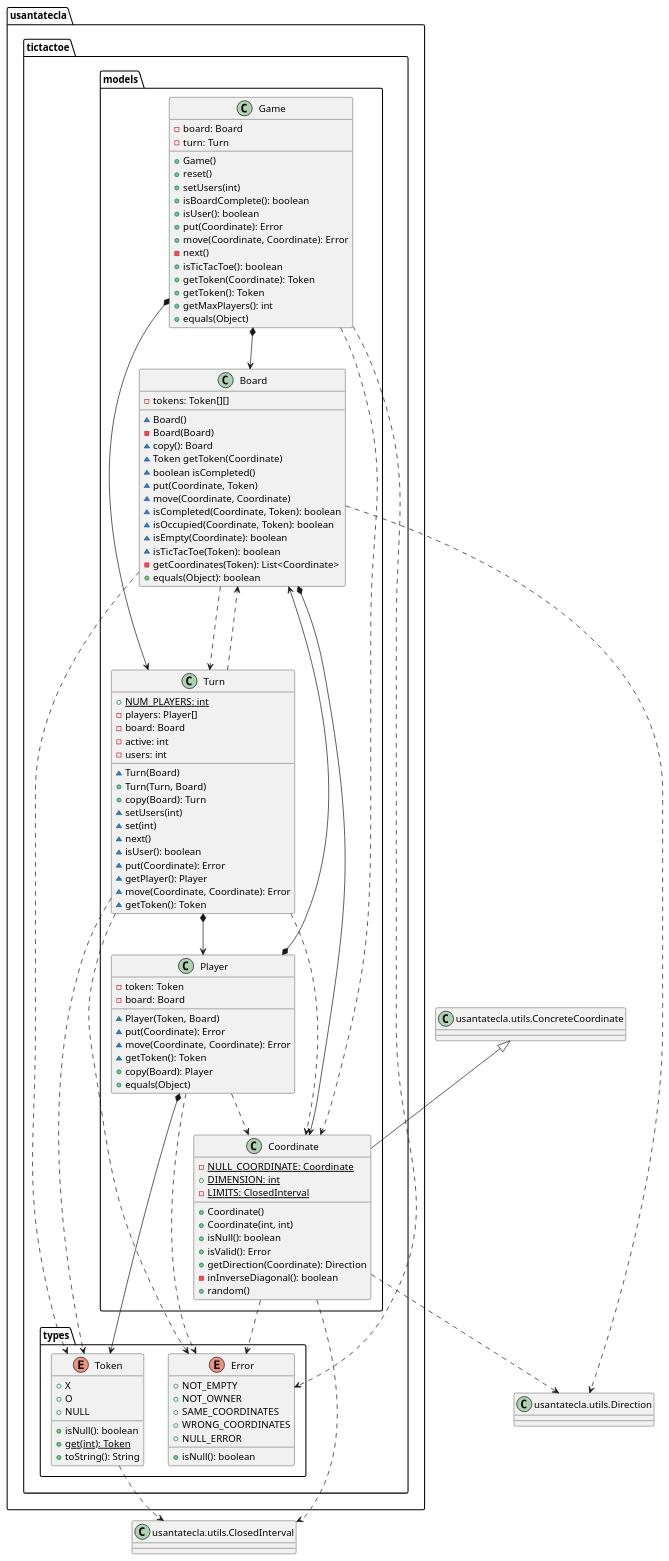
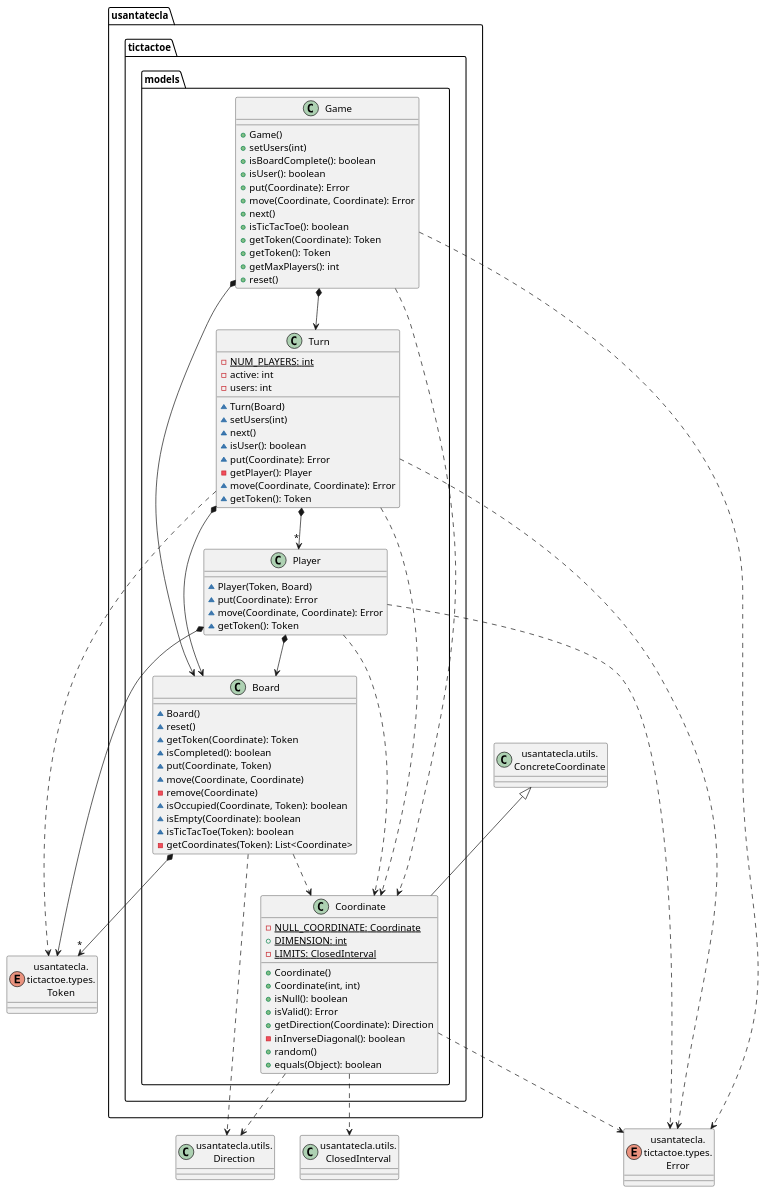
One commit to Jolucaa/USantaTecla-project-ticTacToe changed the fifth of 7 diagrams in documentView/withFactoryMethod/docs/diagrams/src/paquetes.plantuml. Above: the diagram before and after it, drawn with PlantUML. The commit also changed other lines of this file and 111 other files, not shown here.

Commit message:
[dv] Added types package + refactored diagrams

```diff
--- a/documentView/withFactoryMethod/docs/diagrams/src/paquetes.plantuml
+++ b/documentView/withFactoryMethod/docs/diagrams/src/paquetes.plantuml
@@ -387,127 +348,93 @@
 @startuml tictactoe.models
+enum Error as "usantatecla.\ntictactoe.types.\nError"
+enum Token as "usantatecla.\ntictactoe.types.\nToken"
+class Direction as "usantatecla.utils.\nDirection"
+class ConcreteCoordinate as "usantatecla.utils.\nConcreteCoordinate"
+class ClosedInterval as "usantatecla.utils.\nClosedInterval"
+
 class  usantatecla.tictactoe.models.Board{
-- tokens: Token[][]
-~ Board()
-- Board(Board)
-~ copy(): Board
-~ Token getToken(Coordinate)
-~ boolean isCompleted()
-~ put(Coordinate, Token)
-~ move(Coordinate, Coordinate)
-~ isCompleted(Coordinate, Token): boolean
-~ isOccupied(Coordinate, Token): boolean
-~ isEmpty(Coordinate): boolean
-~ isTicTacToe(Token): boolean
-- getCoordinates(Token): List<Coordinate>
-+ equals(Object): boolean
+  ~ Board()
+  ~ reset()
+  ~ getToken(Coordinate): Token
+  ~ isCompleted(): boolean
+  ~ put(Coordinate, Token)
+  ~ move(Coordinate, Coordinate)
+  - remove(Coordinate)
+  ~ isOccupied(Coordinate, Token): boolean
+  ~ isEmpty(Coordinate): boolean
+  ~ isTicTacToe(Token): boolean
+  - getCoordinates(Token): List<Coordinate>
 }
-
-class ClosedInterval as "usantatecla.utils.ClosedInterval"
-class ConcreteCoordinate as "usantatecla.utils.ConcreteCoordinate"
-class Direction as "usantatecla.utils.Direction"
-
-usantatecla.tictactoe.models.Board *-down-> usantatecla.tictactoe.models.Coordinate
-usantatecla.tictactoe.models.Board .down.> usantatecla.tictactoe.types.Token
-usantatecla.tictactoe.models.Board .down.> usantatecla.tictactoe.models.Turn
+usantatecla.tictactoe.models.Board *-down-> "*" Token
+usantatecla.tictactoe.models.Board .down.> usantatecla.tictactoe.models.Coordinate
 usantatecla.tictactoe.models.Board .down.> Direction
 
 class  usantatecla.tictactoe.models.Coordinate{
-- {static} NULL_COORDINATE: Coordinate
-+ {static} DIMENSION: int
-- {static} LIMITS: ClosedInterval
-+ Coordinate()
-+ Coordinate(int, int)
-+ isNull(): boolean
-+ isValid(): Error
-+ getDirection(Coordinate): Direction
-- inInverseDiagonal(): boolean
-+ random()
+  - {static} NULL_COORDINATE: Coordinate
+  + {static} DIMENSION: int
+  - {static} LIMITS: ClosedInterval
+  + Coordinate()
+  + Coordinate(int, int)
+  + isNull(): boolean
+  + isValid(): Error
+  + getDirection(Coordinate): Direction
+  - inInverseDiagonal(): boolean
+  + random()
+  + equals(Object): boolean
 }
 ConcreteCoordinate <|-down- usantatecla.tictactoe.models.Coordinate
-usantatecla.tictactoe.models.Coordinate .down.> usantatecla.tictactoe.types.Error
+usantatecla.tictactoe.models.Coordinate .down.> Error
 usantatecla.tictactoe.models.Coordinate .down.> Direction
 usantatecla.tictactoe.models.Coordinate .down.> ClosedInterval
 
-enum  usantatecla.tictactoe.types.Error{
-+ NOT_EMPTY
-+ NOT_OWNER
-+ SAME_COORDINATES
-+ WRONG_COORDINATES
-+ NULL_ERROR
-+ isNull(): boolean
-}
-
 class  usantatecla.tictactoe.models.Game{
-- board: Board
-- turn: Turn
-+ Game()
-+ reset()
-+ setUsers(int)
-+ isBoardComplete(): boolean
-+ isUser(): boolean
-+ put(Coordinate): Error
-+ move(Coordinate, Coordinate): Error
-- next()
-+ isTicTacToe(): boolean
-+ getToken(Coordinate): Token
-+ getToken(): Token
-+ getMaxPlayers(): int
-+ equals(Object)
+  + Game()
+  + setUsers(int)
+  + isBoardComplete(): boolean
+  + isUser(): boolean
+  + put(Coordinate): Error
+  + move(Coordinate, Coordinate): Error
+  + next()
+  + isTicTacToe(): boolean
+  + getToken(Coordinate): Token
+  + getToken(): Token
+  + getMaxPlayers(): int
+  + reset()
 }
 usantatecla.tictactoe.models.Game *-down-> usantatecla.tictactoe.models.Board
 usantatecla.tictactoe.models.Game *-down-> usantatecla.tictactoe.models.Turn
 usantatecla.tictactoe.models.Game .down.> usantatecla.tictactoe.models.Coordinate
-usantatecla.tictactoe.models.Game .down.> usantatecla.tictactoe.types.Error
+usantatecla.tictactoe.models.Game .down.> Error
 
 class  usantatecla.tictactoe.models.Player{
-- token: Token
-- board: Board
-~ Player(Token, Board)
-~ put(Coordinate): Error
-~ move(Coordinate, Coordinate): Error
-~ getToken(): Token
-+ copy(Board): Player
-+ equals(Object)
+  ~ Player(Token, Board)
+  ~ put(Coordinate): Error
+  ~ move(Coordinate, Coordinate): Error
+  ~ getToken(): Token
 }
-usantatecla.tictactoe.models.Player *-down-> usantatecla.tictactoe.types.Token
 usantatecla.tictactoe.models.Player *-down-> usantatecla.tictactoe.models.Board
+usantatecla.tictactoe.models.Player *-down-> Token
 usantatecla.tictactoe.models.Player .down.> usantatecla.tictactoe.models.Coordinate
-usantatecla.tictactoe.models.Player .down.> usantatecla.tictactoe.types.Error
+usantatecla.tictactoe.models.Player .down.> Error
 
-enum  usantatecla.tictactoe.types.Token{
-+ X
-+ O
-+ NULL
-+ isNull(): boolean
-+ {static} get(int): Token
-+ toString(): String
+class  usantatecla.tictactoe.models.Turn{
+  - {static} NUM_PLAYERS: int
+  - active: int
+  - users: int
+  ~ Turn(Board)
+  ~ setUsers(int)
+  ~ next()
+  ~ isUser(): boolean
+  ~ put(Coordinate): Error
+  - getPlayer(): Player
+  ~ move(Coordinate, Coordinate): Error
+  ~ getToken(): Token
 }
 
-usantatecla.tictactoe.types.Token .down.> ClosedInterval
-
-class  usantatecla.tictactoe.models.Turn{
-+ {static} NUM_PLAYERS: int
-- players: Player[]
-- board: Board
-- active: int
-- users: int
-~ Turn(Board)
-+ Turn(Turn, Board)
-+ copy(Board): Turn
-~ setUsers(int)
-~ set(int)
-~ next()
-~ isUser(): boolean
-~ put(Coordinate): Error
-~ getPlayer(): Player
-~ move(Coordinate, Coordinate): Error
-~ getToken(): Token
-}
-
-usantatecla.tictactoe.models.Turn *-down-> usantatecla.tictactoe.models.Player
-usantatecla.tictactoe.models.Turn .down.-> usantatecla.tictactoe.models.Board
-usantatecla.tictactoe.models.Turn .down.-> usantatecla.tictactoe.types.Token
-usantatecla.tictactoe.models.Turn .down.-> usantatecla.tictactoe.models.Coordinate
-usantatecla.tictactoe.models.Turn .down.-> usantatecla.tictactoe.types.Error
+usantatecla.tictactoe.models.Turn *-down-> "*" usantatecla.tictactoe.models.Player
+usantatecla.tictactoe.models.Turn *-down-> usantatecla.tictactoe.models.Board
+usantatecla.tictactoe.models.Turn .down.> usantatecla.tictactoe.models.Coordinate
+usantatecla.tictactoe.models.Turn .down.> Token
+usantatecla.tictactoe.models.Turn .down.> Error
 
 @enduml
```
